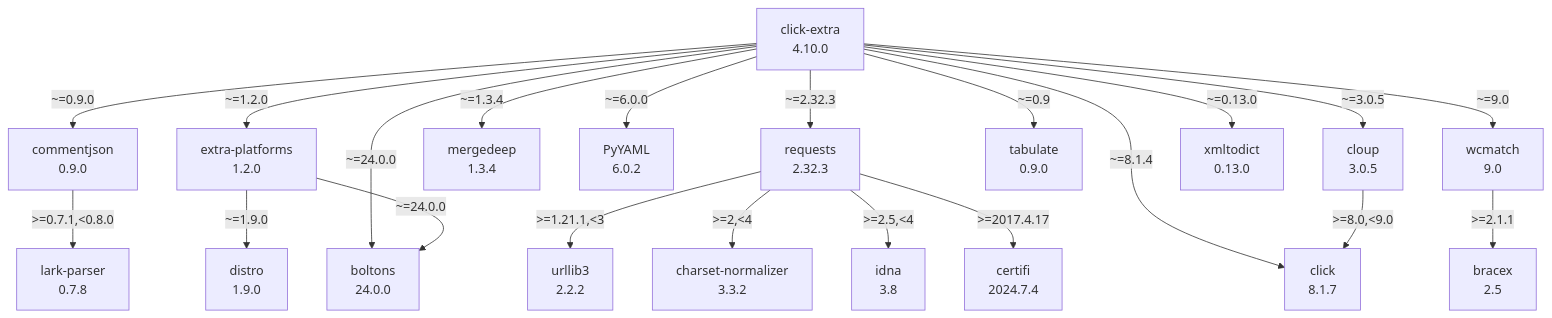
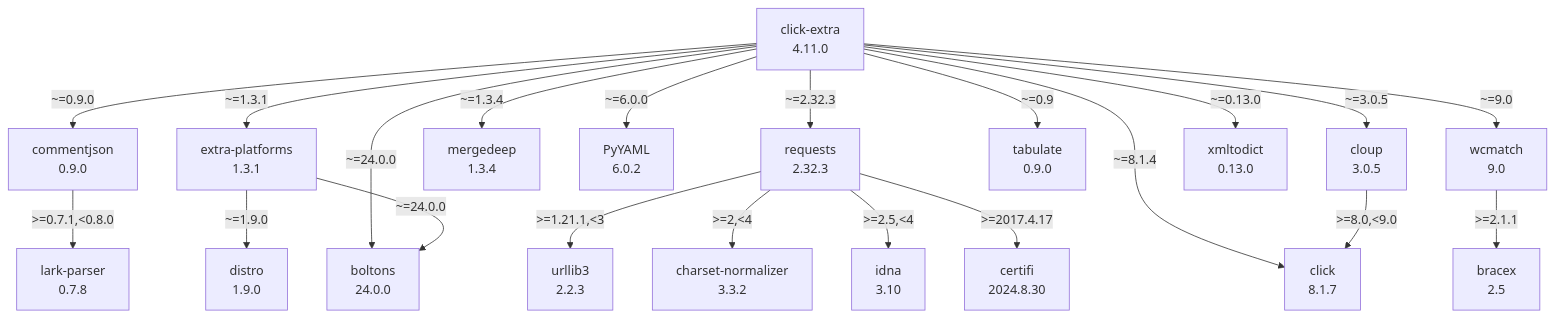
The diagram in docs/assets/dependencies.mmd (kdeldycke/click-extra), drawn with Mermaid before and after one commit.

Commit message:
[autofix] Regenerate dependency graph

```diff
--- a/docs/assets/dependencies.mmd
+++ b/docs/assets/dependencies.mmd
@@ -1,41 +1,41 @@
 flowchart TD
     classDef missing stroke-dasharray: 5
     boltons["boltons\n24.0.0"]
     bracex["bracex\n2.5"]
-    certifi["certifi\n2024.7.4"]
+    certifi["certifi\n2024.8.30"]
     charset-normalizer["charset-normalizer\n3.3.2"]
-    click-extra["click-extra\n4.10.0"]
+    click-extra["click-extra\n4.11.0"]
     click_0["click\n8.1.7"]
     cloup["cloup\n3.0.5"]
     commentjson["commentjson\n0.9.0"]
     distro["distro\n1.9.0"]
-    extra-platforms["extra-platforms\n1.2.0"]
-    idna["idna\n3.8"]
+    extra-platforms["extra-platforms\n1.3.1"]
+    idna["idna\n3.10"]
     lark-parser["lark-parser\n0.7.8"]
     mergedeep["mergedeep\n1.3.4"]
     pyyaml["PyYAML\n6.0.2"]
     requests["requests\n2.32.3"]
     tabulate["tabulate\n0.9.0"]
-    urllib3["urllib3\n2.2.2"]
+    urllib3["urllib3\n2.2.3"]
     wcmatch["wcmatch\n9.0"]
     xmltodict["xmltodict\n0.13.0"]
     click-extra -- "~=0.13.0" --> xmltodict
     click-extra -- "~=0.9" --> tabulate
     click-extra -- "~=0.9.0" --> commentjson
-    click-extra -- "~=1.2.0" --> extra-platforms
+    click-extra -- "~=1.3.1" --> extra-platforms
     click-extra -- "~=1.3.4" --> mergedeep
     click-extra -- "~=2.32.3" --> requests
     click-extra -- "~=24.0.0" --> boltons
     click-extra -- "~=3.0.5" --> cloup
     click-extra -- "~=6.0.0" --> pyyaml
     click-extra -- "~=8.1.4" --> click_0
     click-extra -- "~=9.0" --> wcmatch
     cloup -- ">=8.0,<9.0" --> click_0
     commentjson -- ">=0.7.1,<0.8.0" --> lark-parser
     extra-platforms -- "~=1.9.0" --> distro
     extra-platforms -- "~=24.0.0" --> boltons
     requests -- ">=1.21.1,<3" --> urllib3
     requests -- ">=2,<4" --> charset-normalizer
     requests -- ">=2.5,<4" --> idna
     requests -- ">=2017.4.17" --> certifi
     wcmatch -- ">=2.1.1" --> bracex
```
